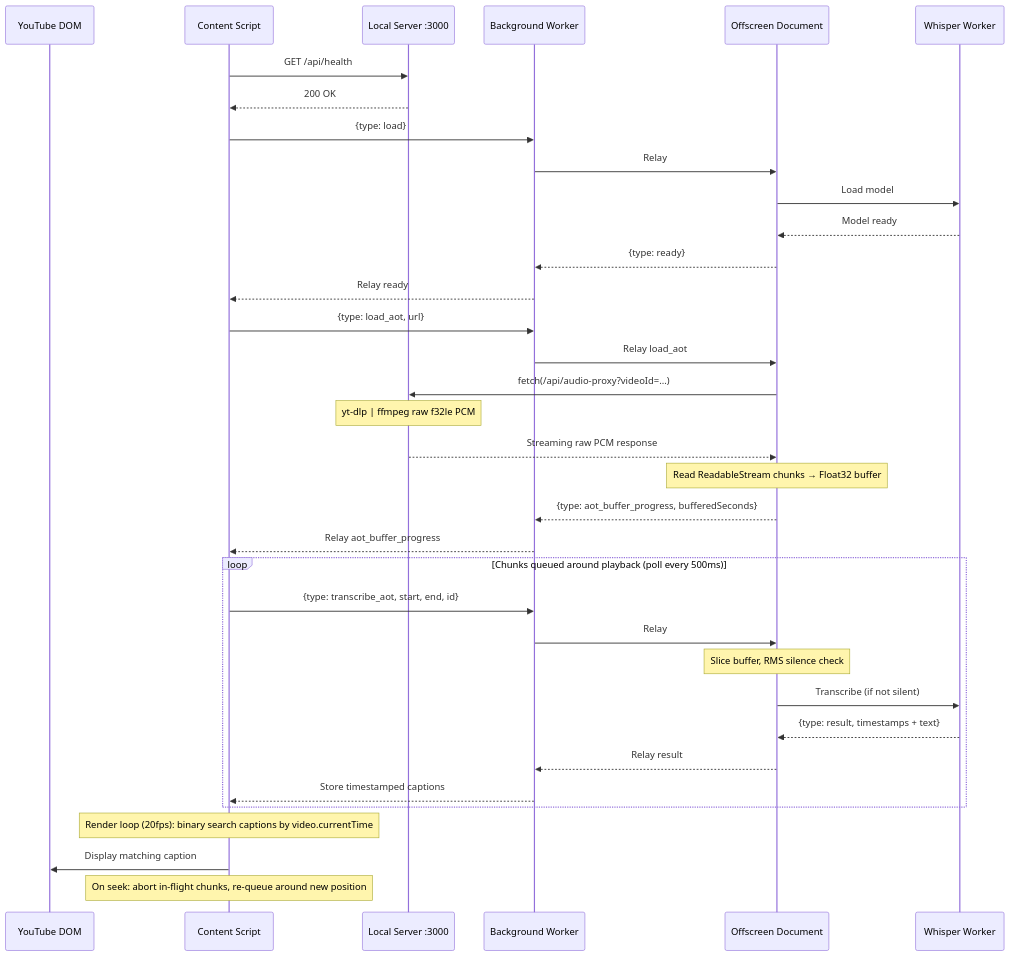
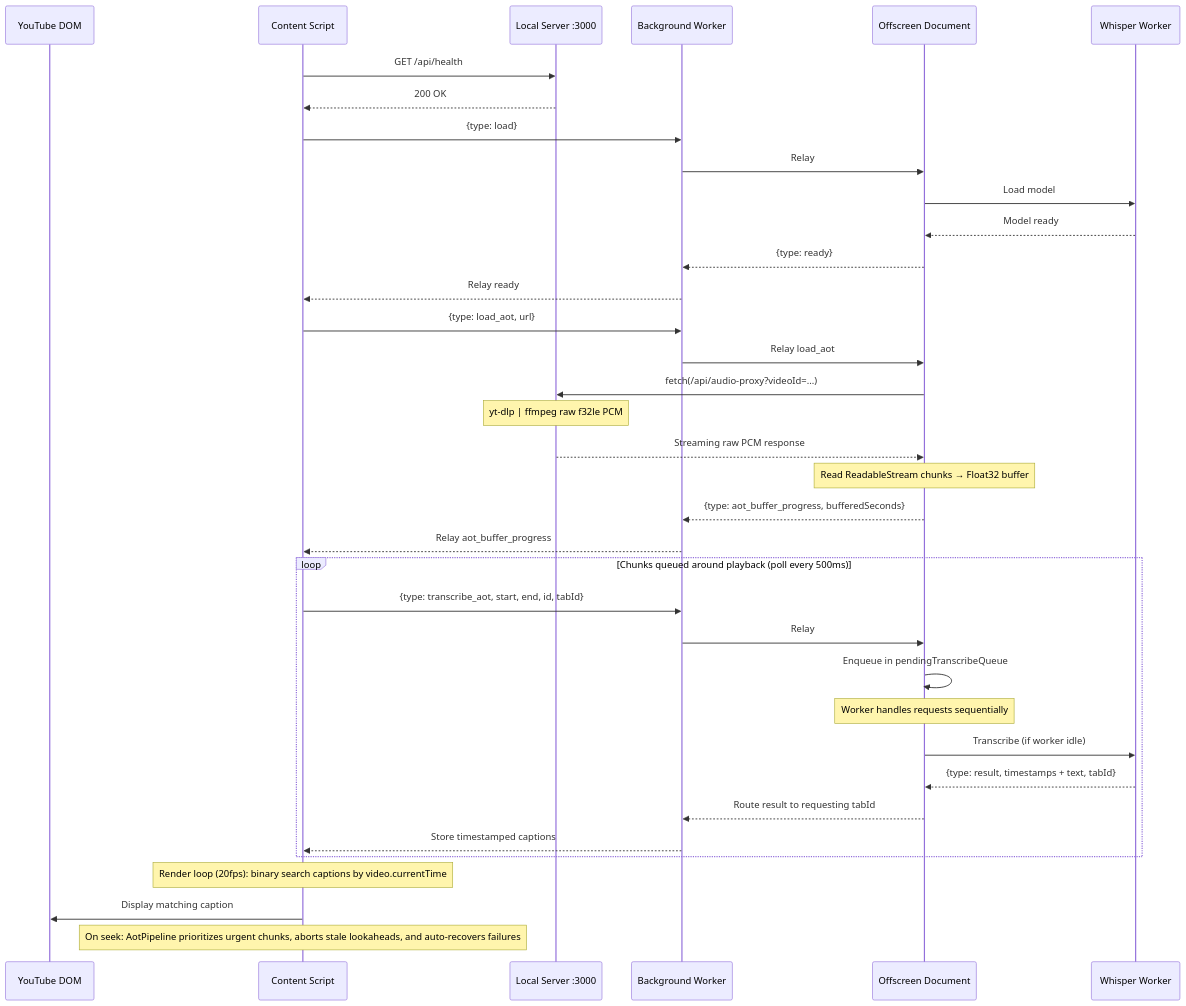
Before and after one commit to pranansh-s/mute.ly: the second of 2 diagrams in README.md, drawn with Mermaid. The commit also changed other lines of this file and 10 other files, not shown here.

````diff
--- a/README.md
+++ b/README.md
@@ -56,42 +56,43 @@
 ```mermaid
 sequenceDiagram
     participant YT as YouTube DOM
     participant CS as Content Script
     participant Srv as Local Server :3000
     participant BG as Background Worker
     participant OD as Offscreen Document
     participant WW as Whisper Worker
 
     CS->>Srv: GET /api/health
     Srv-->>CS: 200 OK
 
     CS->>BG: {type: load}
     BG->>OD: Relay
     OD->>WW: Load model
     WW-->>OD: Model ready
     OD-->>BG: {type: ready}
     BG-->>CS: Relay ready
 
     CS->>BG: {type: load_aot, url}
     BG->>OD: Relay load_aot
     OD->>Srv: fetch(/api/audio-proxy?videoId=...)
     Note over Srv: yt-dlp | ffmpeg raw f32le PCM
     Srv-->>OD: Streaming raw PCM response
     Note over OD: Read ReadableStream chunks → Float32 buffer
     OD-->>BG: {type: aot_buffer_progress, bufferedSeconds}
     BG-->>CS: Relay aot_buffer_progress
     
     loop Chunks queued around playback (poll every 500ms)
-        CS->>BG: {type: transcribe_aot, start, end, id}
+        CS->>BG: {type: transcribe_aot, start, end, id, tabId}
         BG->>OD: Relay
-        Note over OD: Slice buffer, RMS silence check
-        OD->>WW: Transcribe (if not silent)
-        WW-->>OD: {type: result, timestamps + text}
-        OD-->>BG: Relay result
+        OD->>OD: Enqueue in pendingTranscribeQueue
+        Note over OD: Worker handles requests sequentially
+        OD->>WW: Transcribe (if worker idle)
+        WW-->>OD: {type: result, timestamps + text, tabId}
+        OD-->>BG: Route result to requesting tabId
         BG-->>CS: Store timestamped captions
     end
 
     Note over CS: Render loop (20fps): binary search captions by video.currentTime
     CS->>YT: Display matching caption
-    Note over CS: On seek: abort in-flight chunks, re-queue around new position
+    Note over CS: On seek: AotPipeline prioritizes urgent chunks, aborts stale lookaheads, and auto-recovers failures
 ```
````
